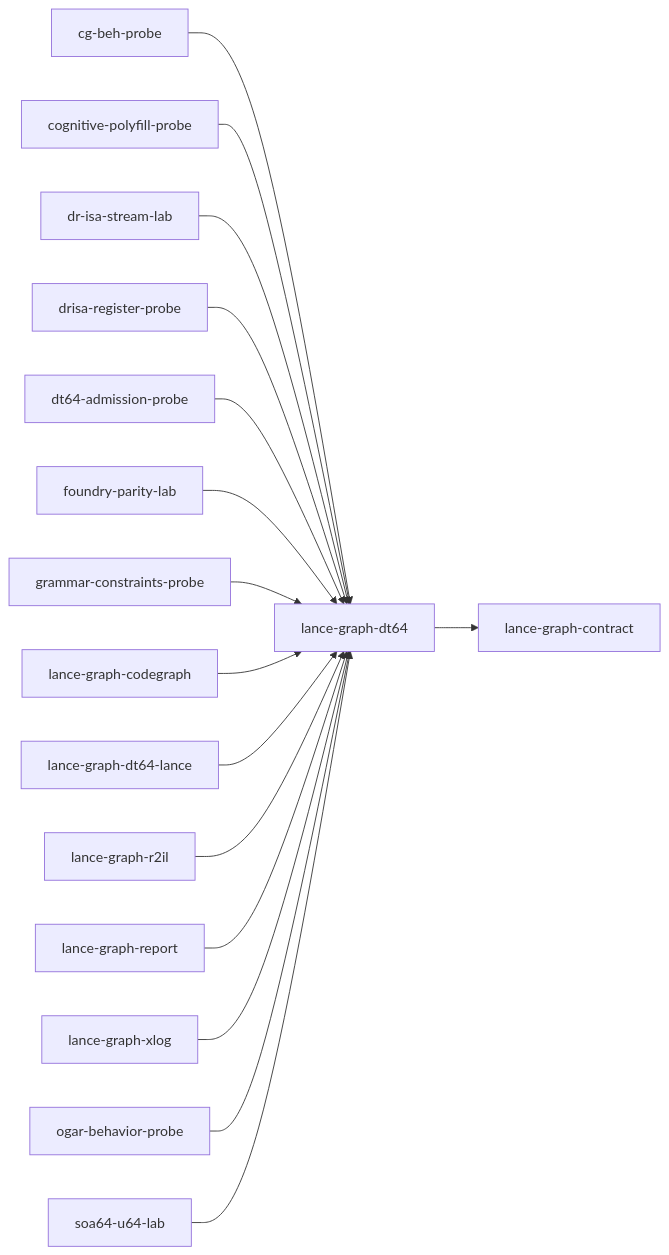
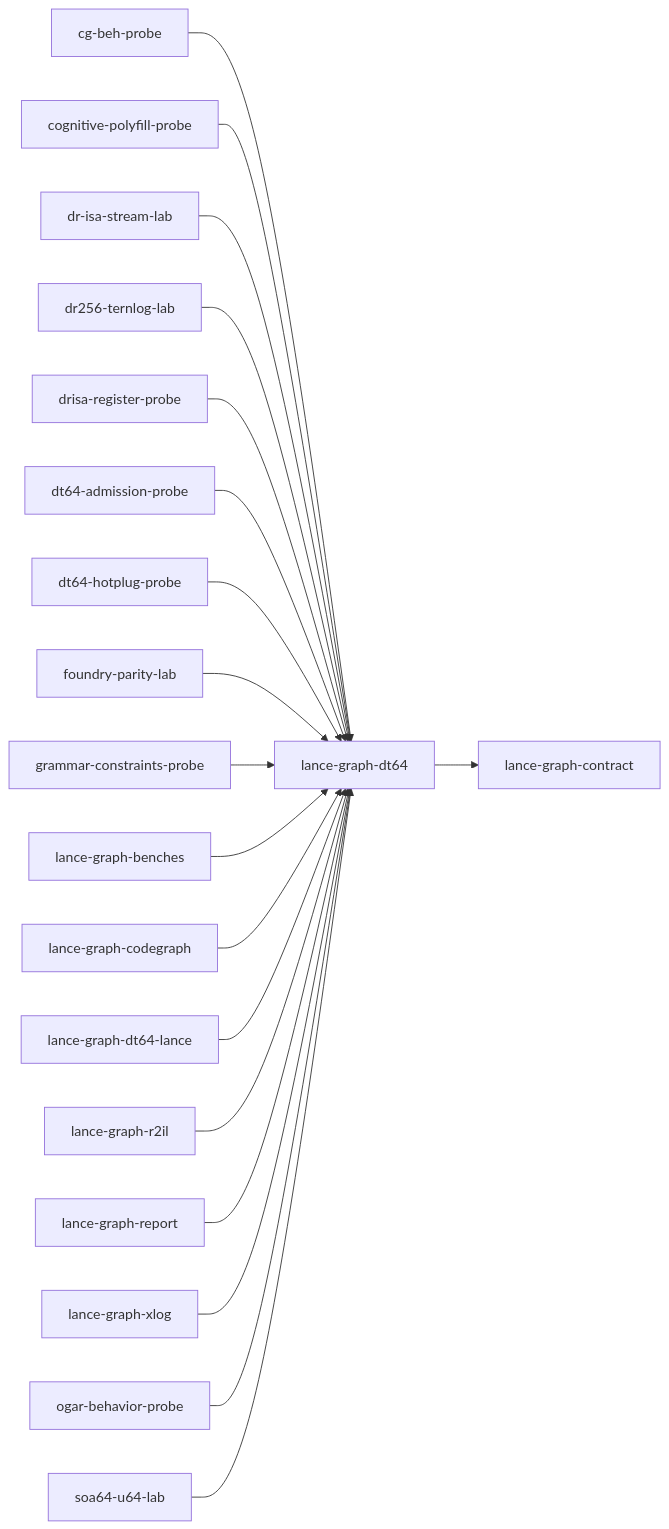
Before and after one commit to AdaWorldAPI/lance-graph: the diagram in .codegraph/crates/lance-graph-dt64.index.md, drawn with Mermaid. The commit also changed other lines of this file and 119 other files, not shown here.

````diff
--- a/.codegraph/crates/lance-graph-dt64.index.md
+++ b/.codegraph/crates/lance-graph-dt64.index.md
@@ -266,34 +270,40 @@
 ```mermaid
 flowchart LR
   n4["cg-beh-probe"]
   n6["cognitive-polyfill-probe"]
   n13["dr-isa-stream-lab"]
-  n15["drisa-register-probe"]
-  n16["dt64-admission-probe"]
-  n19["foundry-parity-lab"]
-  n21["grammar-constraints-probe"]
-  n37["lance-graph-codegraph"]
-  n40["lance-graph-contract"]
-  n43["lance-graph-dt64"]
-  n44["lance-graph-dt64-lance"]
-  n59["lance-graph-r2il"]
-  n62["lance-graph-report"]
-  n67["lance-graph-xlog"]
-  n71["ogar-behavior-probe"]
-  n82["soa64-u64-lab"]
-  n4 --> n43
-  n6 --> n43
-  n13 --> n43
-  n15 --> n43
-  n16 --> n43
-  n19 --> n43
-  n21 --> n43
-  n37 --> n43
-  n43 --> n40
-  n44 --> n43
-  n59 --> n43
-  n62 --> n43
-  n67 --> n43
-  n71 --> n43
-  n82 --> n43
+  n15["dr256-ternlog-lab"]
+  n17["drisa-register-probe"]
+  n18["dt64-admission-probe"]
+  n19["dt64-hotplug-probe"]
+  n22["foundry-parity-lab"]
+  n24["grammar-constraints-probe"]
+  n36["lance-graph-benches"]
+  n40["lance-graph-codegraph"]
+  n43["lance-graph-contract"]
+  n46["lance-graph-dt64"]
+  n47["lance-graph-dt64-lance"]
+  n62["lance-graph-r2il"]
+  n65["lance-graph-report"]
+  n70["lance-graph-xlog"]
+  n74["ogar-behavior-probe"]
+  n86["soa64-u64-lab"]
+  n4 --> n46
+  n6 --> n46
+  n13 --> n46
+  n15 --> n46
+  n17 --> n46
+  n18 --> n46
+  n19 --> n46
+  n22 --> n46
+  n24 --> n46
+  n36 --> n46
+  n40 --> n46
+  n46 --> n43
+  n47 --> n46
+  n62 --> n46
+  n65 --> n46
+  n70 --> n46
+  n74 --> n46
+  n86 --> n46
 ```
````
